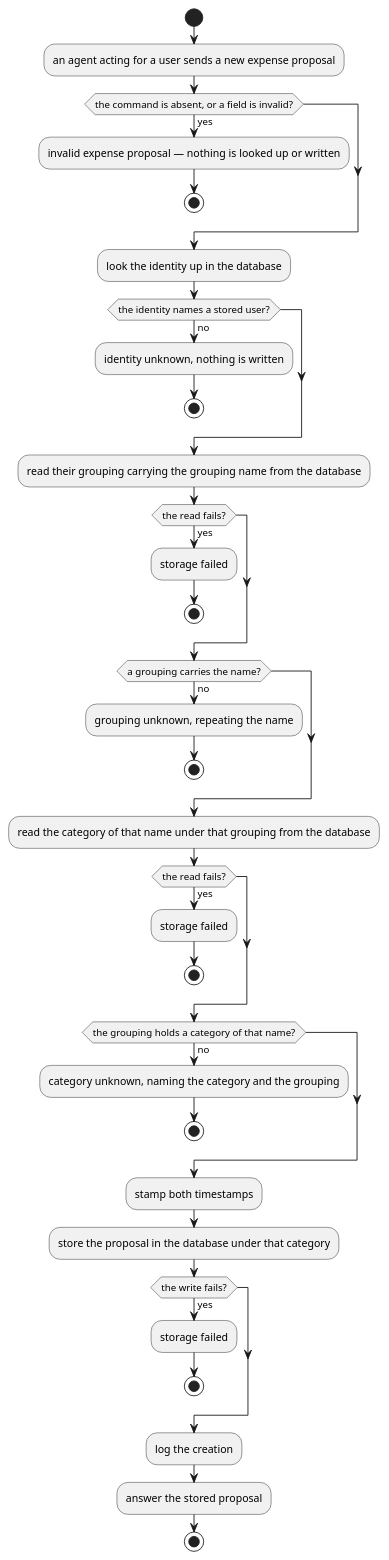
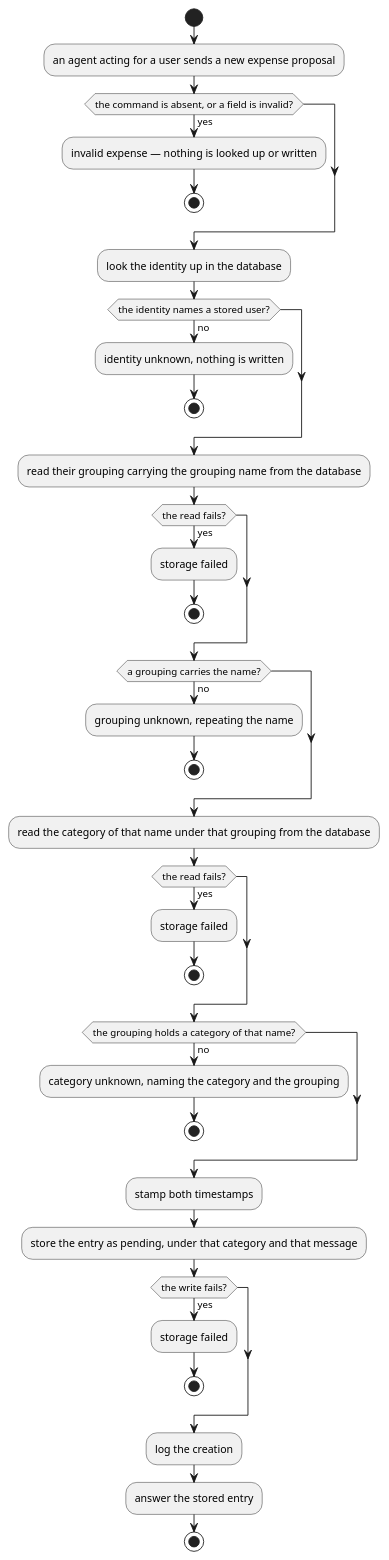
One commit to ds-usova/finance-bot changed the second of 2 diagrams in ledger-service/docs/usecases/create-an-expense-proposal.md. Above: the diagram before and after it, drawn with PlantUML. The commit also changed other lines of this file and 27 other files, not shown here.

````diff
--- a/ledger-service/docs/usecases/create-an-expense-proposal.md
+++ b/ledger-service/docs/usecases/create-an-expense-proposal.md
@@ -87,42 +93,42 @@
 ```plantuml
 @startuml CreateExpenseProposal-Activity
 start
 :an agent acting for a user sends a new expense proposal;
 if (the command is absent, or a field is invalid?) then (yes)
-  :invalid expense proposal — nothing is looked up or written;
+  :invalid expense — nothing is looked up or written;
   stop
 endif
 :look the identity up in the database;
 if (the identity names a stored user?) then (no)
   :identity unknown, nothing is written;
   stop
 endif
 :read their grouping carrying the grouping name from the database;
 if (the read fails?) then (yes)
   :storage failed;
   stop
 endif
 if (a grouping carries the name?) then (no)
   :grouping unknown, repeating the name;
   stop
 endif
 :read the category of that name under that grouping from the database;
 if (the read fails?) then (yes)
   :storage failed;
   stop
 endif
 if (the grouping holds a category of that name?) then (no)
   :category unknown, naming the category and the grouping;
   stop
 endif
 :stamp both timestamps;
-:store the proposal in the database under that category;
+:store the entry as pending, under that category and that message;
 if (the write fails?) then (yes)
   :storage failed;
   stop
 endif
 :log the creation;
-:answer the stored proposal;
+:answer the stored entry;
 stop
 @enduml
 ```
````
